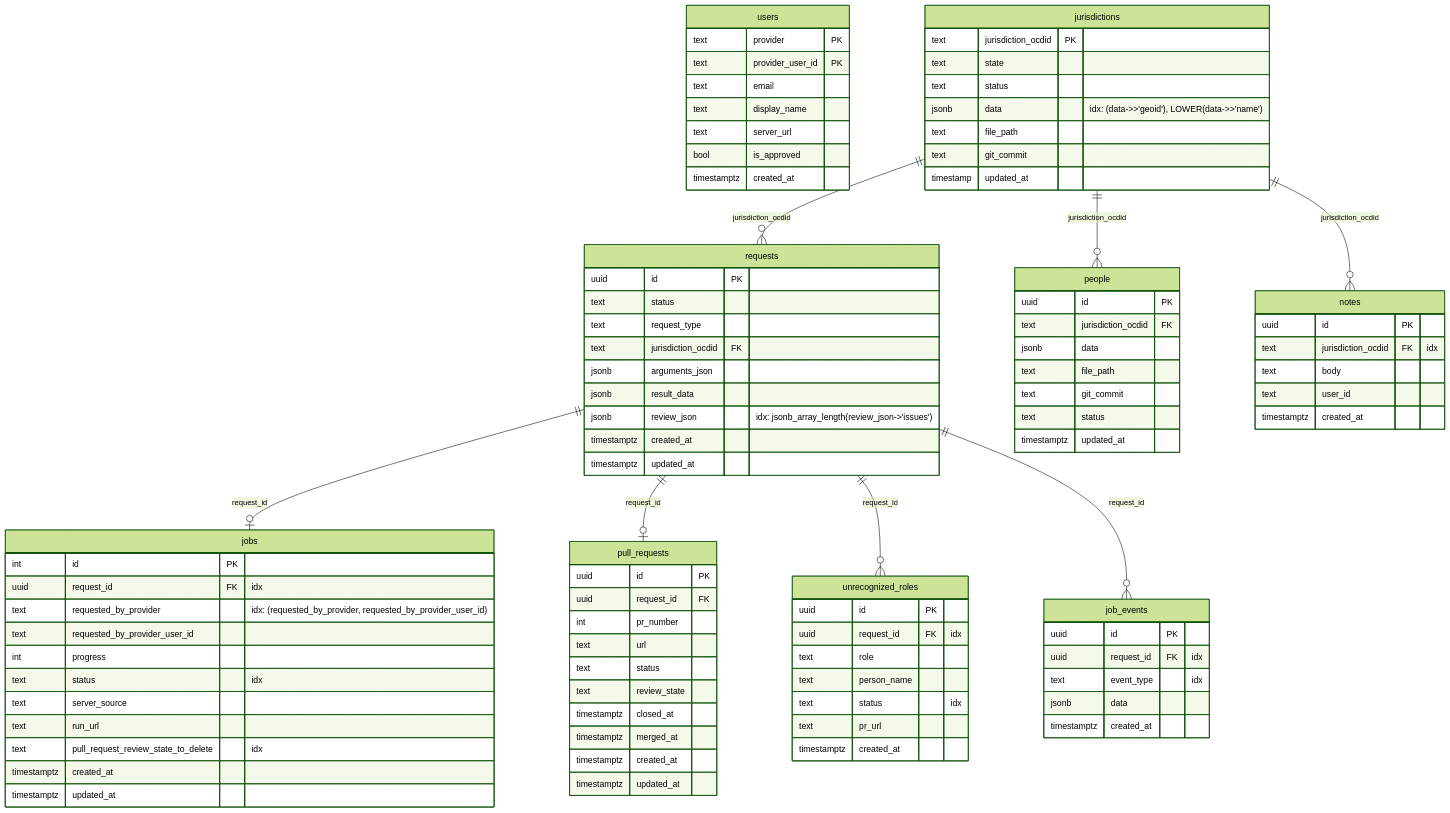
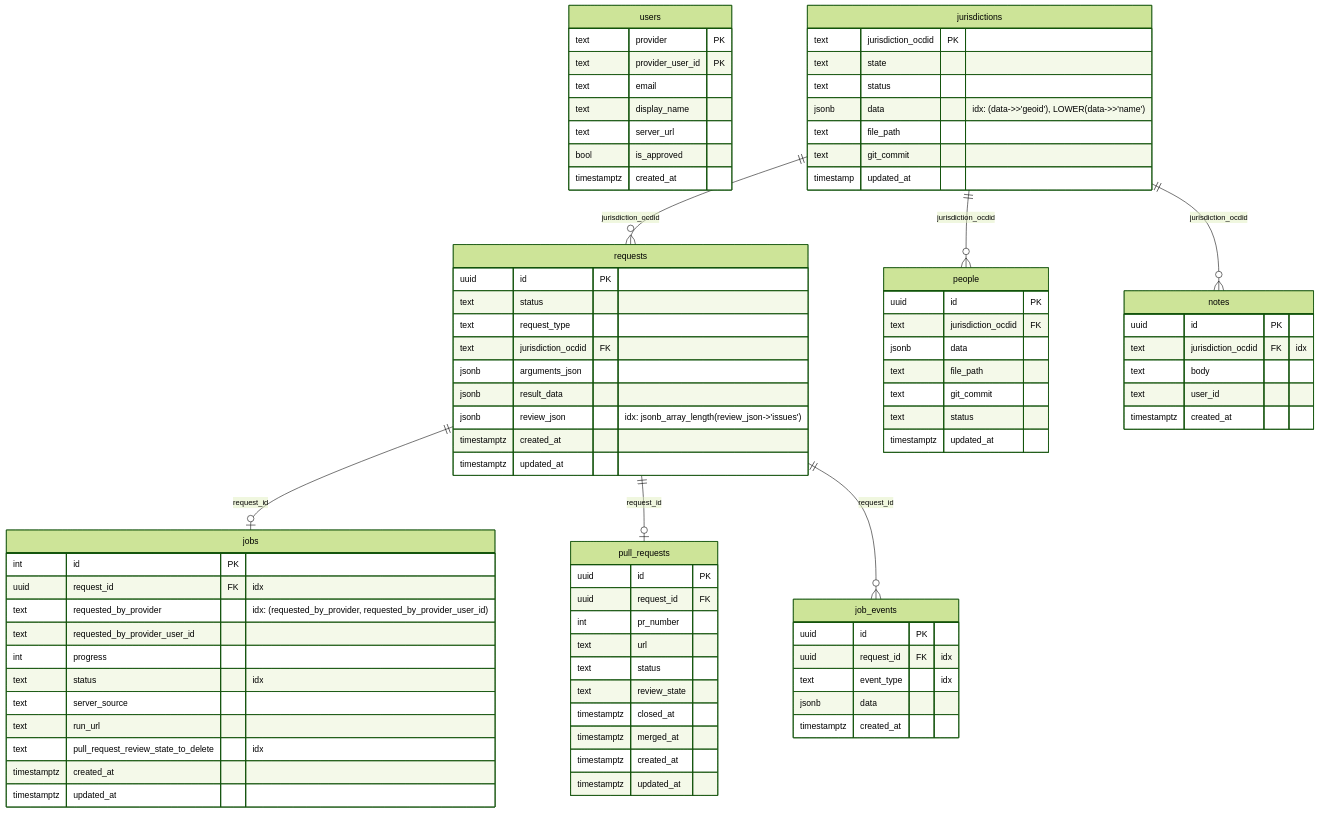
One commit to CivicPatch/civicpatch-tools changed the diagram in api.civicpatch.org/README.md. Above: the diagram before and after it, drawn with Mermaid (forest theme). The commit also changed 12 other files, not shown here.

Commit message:
Add migration - drop unrecognized roles to job events

````diff
--- a/api.civicpatch.org/README.md
+++ b/api.civicpatch.org/README.md
@@ -178,16 +178,6 @@
         timestamptz updated_at
     }
 
-    unrecognized_roles {
-        uuid id PK
-        uuid request_id FK "idx"
-        text role
-        text person_name
-        text status "idx"
-        text pr_url
-        timestamptz created_at
-    }
-
     notes {
         uuid id PK
         text jurisdiction_ocdid FK "idx"
@@ -209,6 +199,5 @@
     jurisdictions ||--o{ notes : "jurisdiction_ocdid"
     requests ||--o| jobs : "request_id"
     requests ||--o| pull_requests : "request_id"
-    requests ||--o{ unrecognized_roles : "request_id"
     requests ||--o{ job_events : "request_id"
 ```
````
